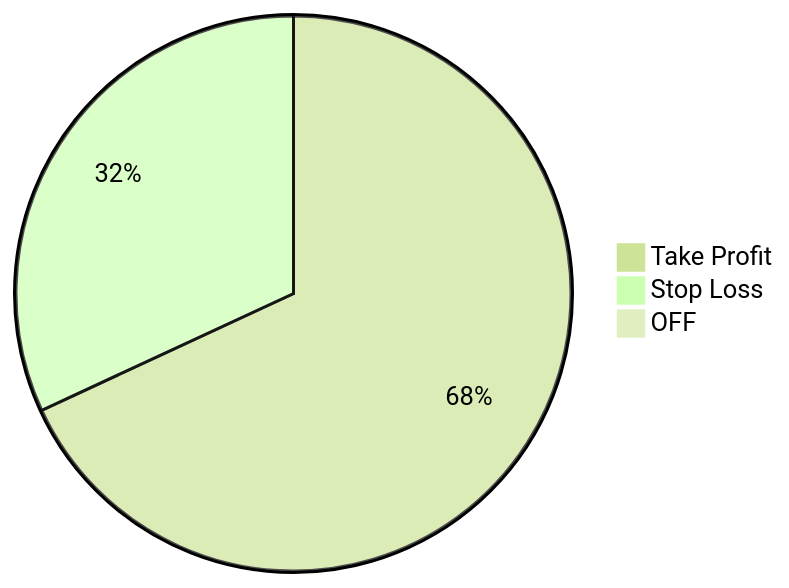
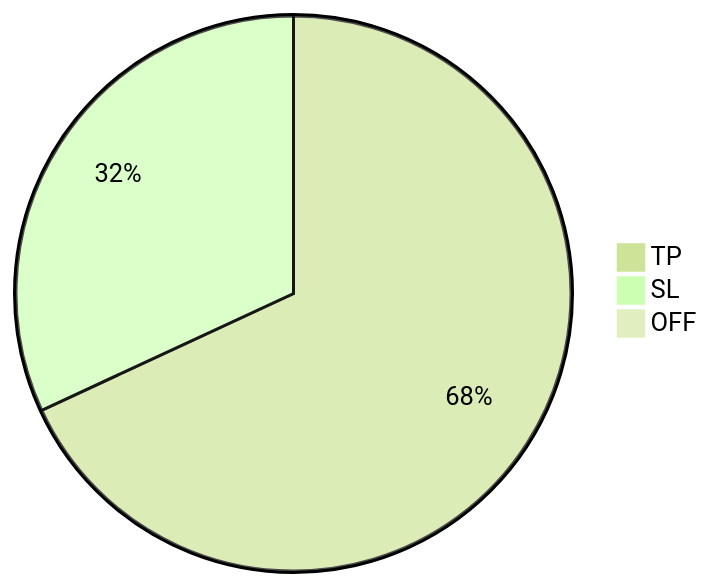
Before and after one commit to shifufx/jekyll-uno: the diagram in _posts/2022-09-1-september-result.md, drawn with Mermaid (forest theme). The commit also changed 3 other files, not shown here.

```diff
--- a/_posts/2022-09-1-september-result.md
+++ b/_posts/2022-09-1-september-result.md
@@ -55,7 +55,7 @@
 <div class="mermaid">
 
 pie title
-    "Take Profit" : 144
-    "Stop Loss" : 67.5
+    "TP" : 144
+    "SL" : 67.5
     "OFF" : 0
 </div>
```
